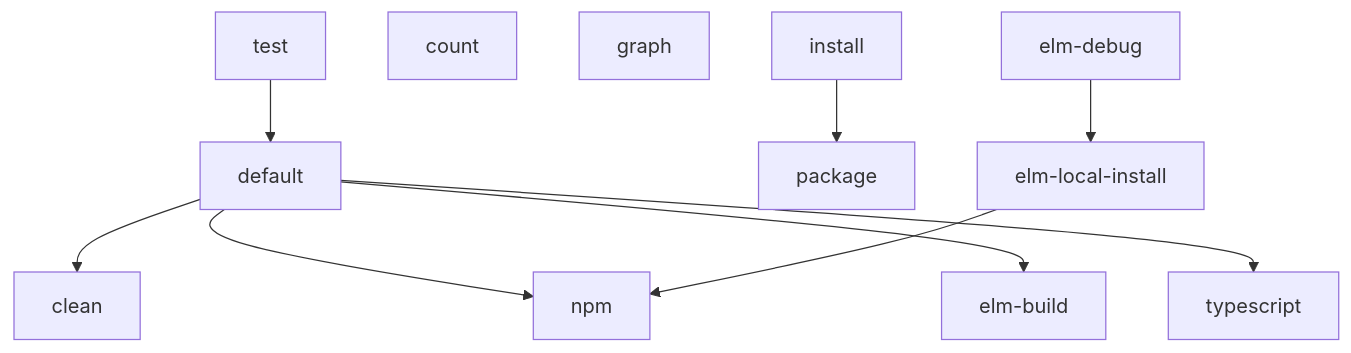
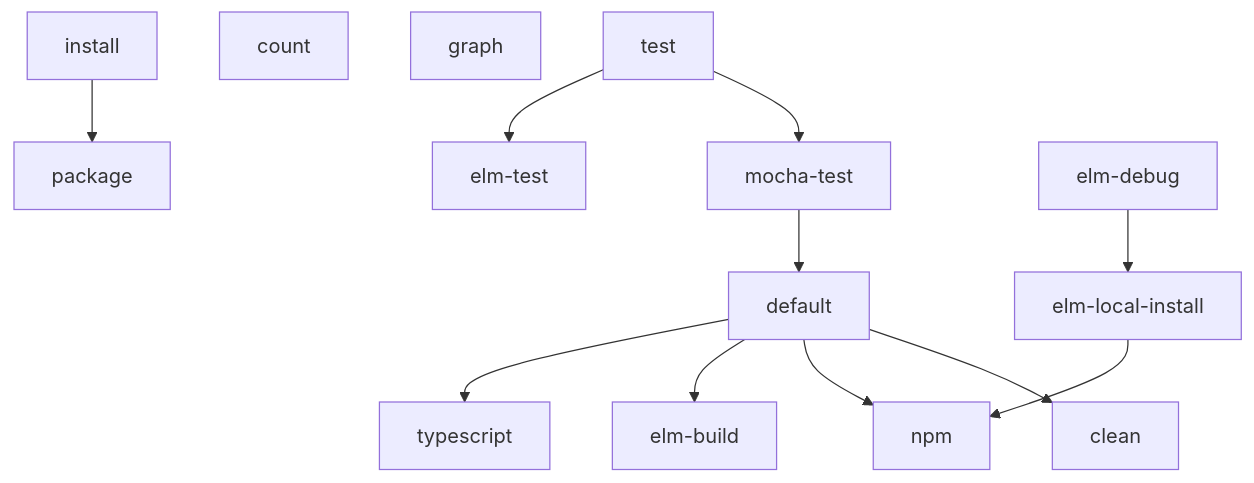
One commit to DavidLGoldberg/jumpy2 changed the diagram in Makefile.md. Above: the diagram before and after it, drawn with Mermaid. The commit also changed 2 other files, not shown here.

Commit message:
:art: Clarify some test targets in the `Makefile`

````diff
--- a/Makefile.md
+++ b/Makefile.md
@@ -3,18 +3,20 @@
 ```mermaid
 graph TD
   default --> clean
   default --> npm
   default --> elm-build
   default --> typescript
 
-  test --> default
+  test --> mocha-test
+  mocha-test --> default
+  test --> elm-test
 
   count
 
   _["graph"]
 
   install --> package
 
   elm-debug --> elm-local-install
   elm-local-install --> npm
 ```
````
